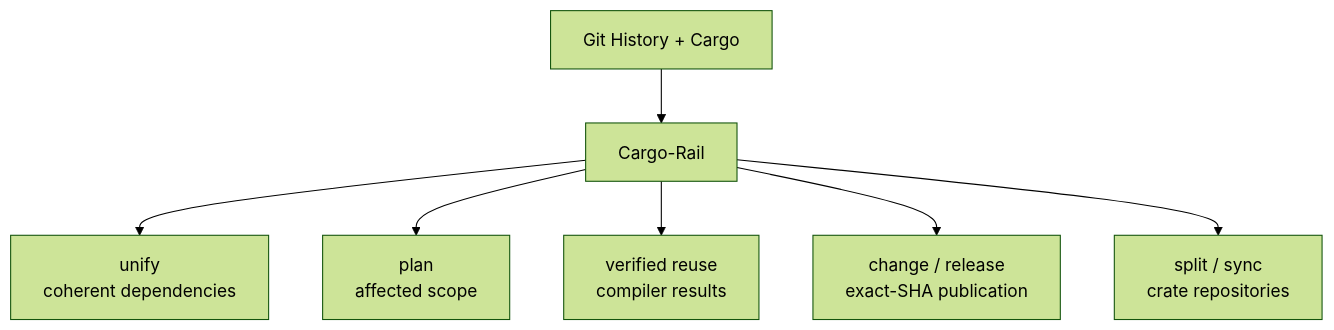
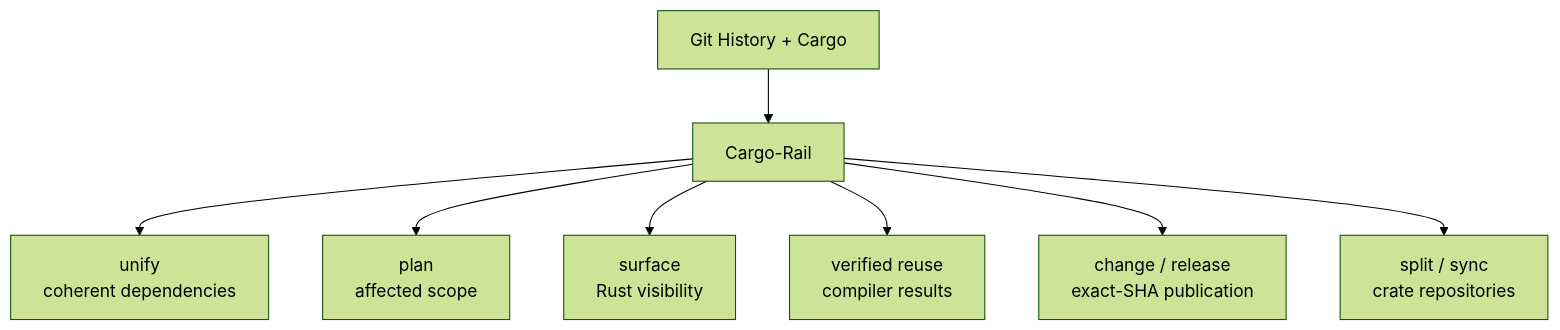
The diagram in README.md (loadingalias/cargo-rail), drawn with Mermaid (forest theme) before and after one commit. The commit also changed other lines of this file and 67 other files, not shown here.

````diff
--- a/README.md
+++ b/README.md
@@ -33,10 +36,11 @@
 ```mermaid
 flowchart TB
     source["Git History + Cargo"] --> rail["Cargo-Rail"]
 
     rail --> unify["unify<br/>coherent dependencies"]
     rail --> plan["plan<br/>affected scope"]
+    rail --> surface["surface<br/>Rust visibility"]
     rail --> cache["verified reuse<br/>compiler results"]
     rail --> release["change / release<br/>exact-SHA publication"]
     rail --> sync["split / sync<br/>crate repositories"]
 ```
````
